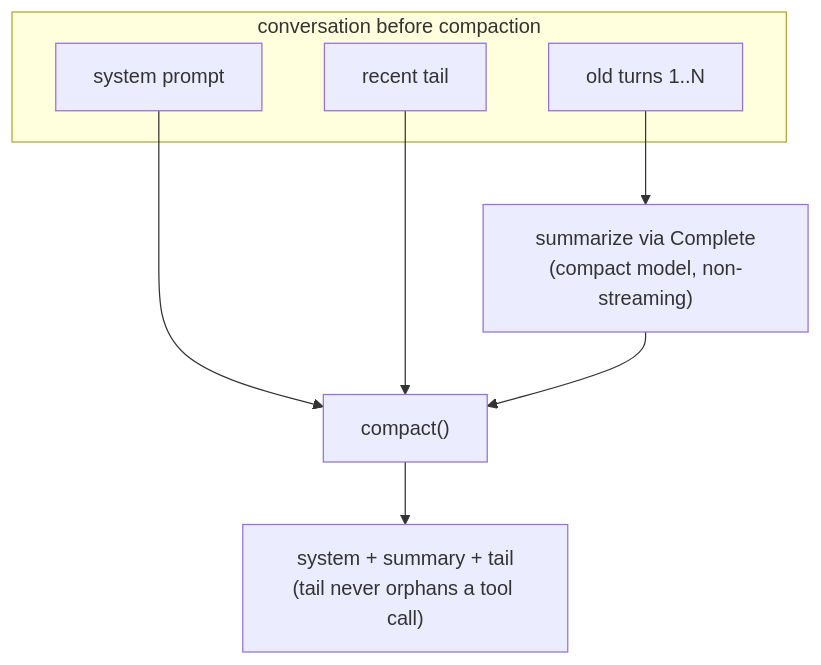
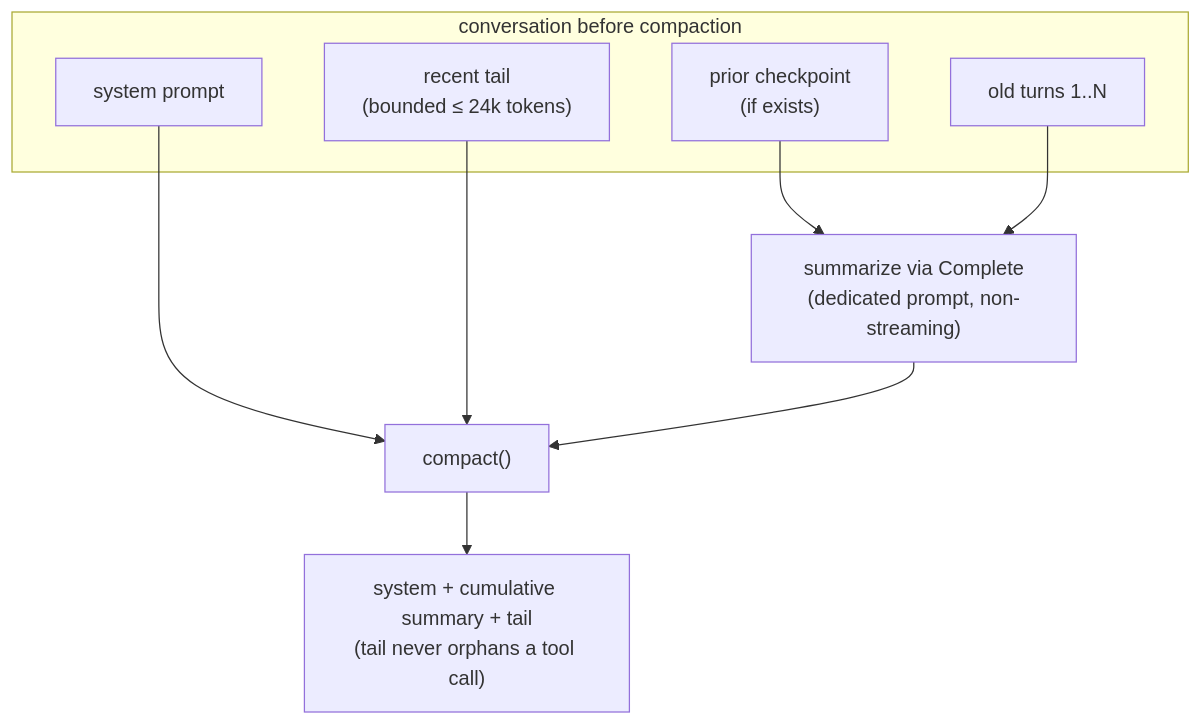
Before and after one commit to sacca97/ghg: the third of 3 diagrams in docs/agent-loop.md, drawn with Mermaid. The commit also changed other lines of this file and 343 other files, not shown here.

````diff
--- a/docs/agent-loop.md
+++ b/docs/agent-loop.md
@@ -87,13 +96,15 @@
 ```mermaid
 flowchart TB
     subgraph before["conversation before compaction"]
         S[system prompt]
+        P["prior checkpoint<br/>(if exists)"]
         T1[old turns 1..N]
-        T2[recent tail]
+        T2["recent tail<br/>(bounded ≤ 24k tokens)"]
     end
     S --> C["compact()"]
-    T1 --> SUM["summarize via Complete<br/>(compact model, non-streaming)"]
+    P --> SUM["summarize via Complete<br/>(dedicated prompt, non-streaming)"]
+    T1 --> SUM
     T2 --> C
     SUM --> C
-    C --> after["system + summary + tail<br/>(tail never orphans a tool call)"]
+    C --> after["system + cumulative summary + tail<br/>(tail never orphans a tool call)"]
 ```
````
